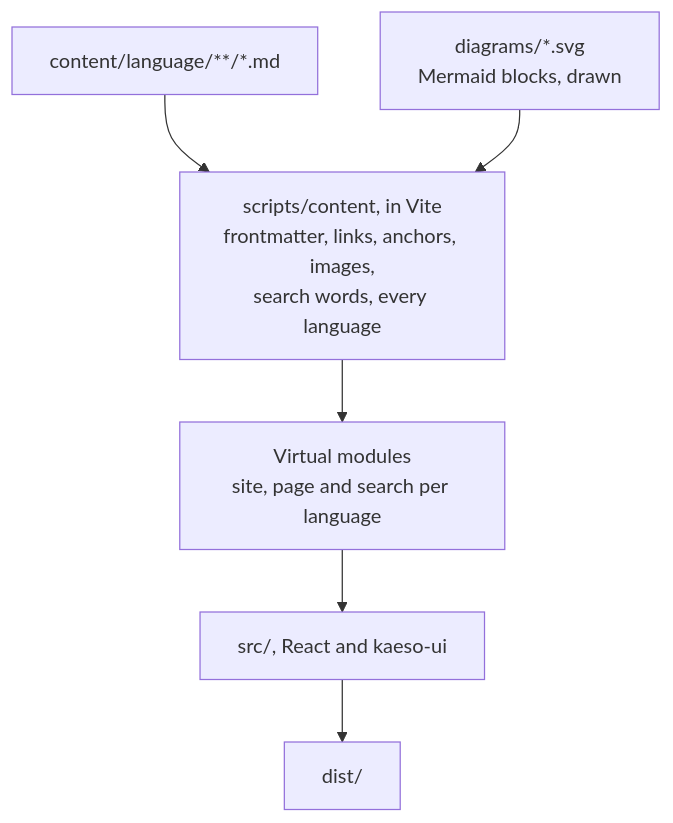
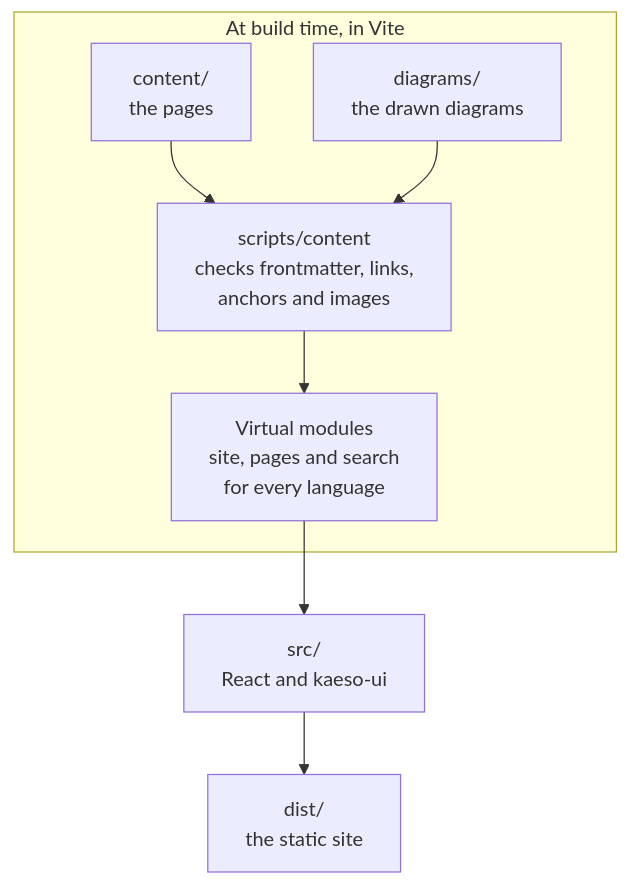
One commit to logicplanes/kaeso changed the diagram in apps/docs/content/en/development/architecture/docs-site.md. Above: the diagram before and after it, drawn with Mermaid. The commit also changed 89 other files, not shown here.

First line of the commit message:
Redraw the development pages' diagrams around what a contributor changes

````diff
--- a/apps/docs/content/en/development/architecture/docs-site.md
+++ b/apps/docs/content/en/development/architecture/docs-site.md
@@ -9,10 +9,11 @@
 ```mermaid
 flowchart TD
   accTitle: From Markdown to the site
   accDescr: At build time, scripts/content reads the pages in content and the drawn diagrams in diagrams, checks them and writes virtual modules for each language's site, each page and the search. The React app in src draws them with the UI library, and Vite writes dist.
-  pages[content/language/**/*.md] --> content[scripts/content, in Vite<br>frontmatter, links, anchors, images,<br>search words, every language]
-  diagrams[diagrams/*.svg<br>Mermaid blocks, drawn] --> content
-  content --> modules[Virtual modules<br>site, page and search per language]
-  modules --> app[src/, React and kaeso-ui]
-  app --> dist[dist/]
+  subgraph build [At build time, in Vite]
+    pages[content/<br>the pages] --> compiler
+    diagrams[diagrams/<br>the drawn diagrams] --> compiler
+    compiler[scripts/content<br>checks frontmatter, links,<br>anchors and images]:::accent --> modules[Virtual modules<br>site, pages and search<br>for every language]
+  end
+  modules --> app[src/<br>React and kaeso-ui] --> dist[dist/<br>the static site]
 ```
````
